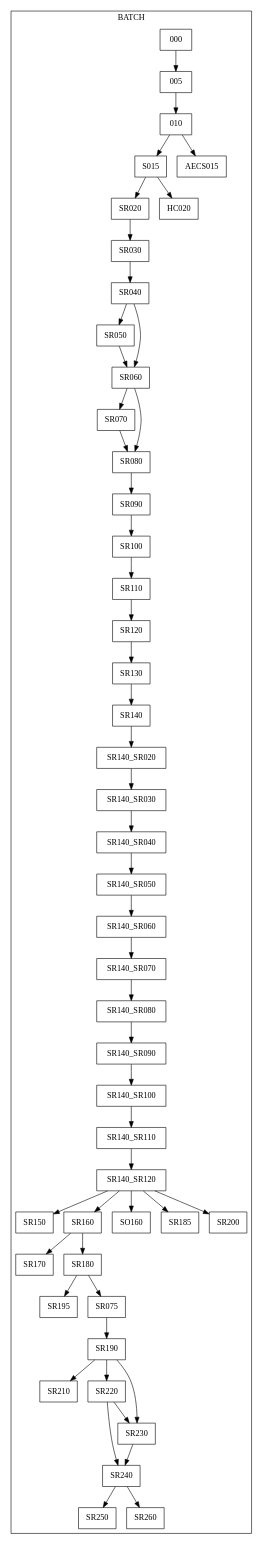
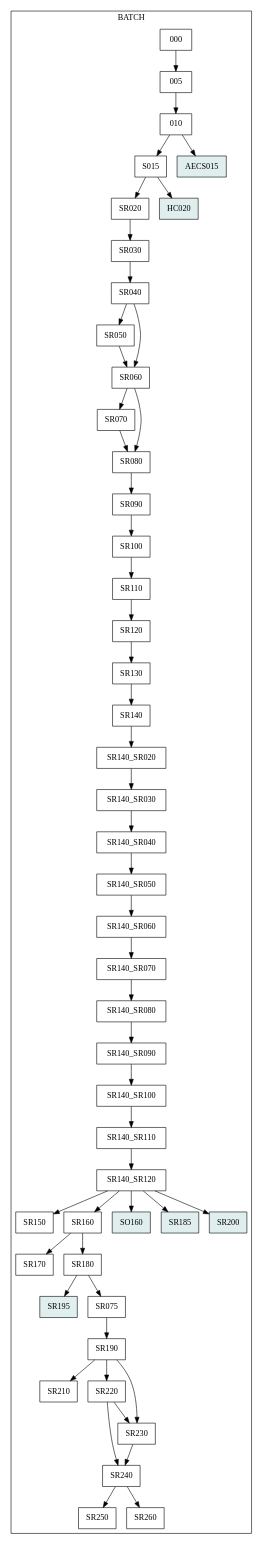
One commit to mkavadias/icps-basedoc changed the diagram in data/cps-batch-flow-BATCH.dot. Above: the diagram before and after it, drawn with Graphviz. The commit also changed 2 other files, not shown here.

```diff
--- a/data/cps-batch-flow-BATCH.dot
+++ b/data/cps-batch-flow-BATCH.dot
@@ -1,98 +1,104 @@
 digraph BATCH 
 {
     size = "30,40";
     overlap = false;
     sep = "+20.0";
     node [shape = box];
     subgraph cluster_BATCH {
         label = "BATCH";
         000 -> 005;
         005 -> 010;
         010 -> S015;
         010 -> AECS015;
+        AECS015 [style=filled, fillcolor=azure2];
         S015 -> SR020;
         S015 -> HC020;
+        HC020 [style=filled, fillcolor=azure2];
         SR020 -> SR030;
         SR030 -> SR040;
         SR040 -> SR050;
         SR040 -> SR060;
         SR050 -> SR060;
         SR060 -> SR070;
         SR060 -> SR080;
         SR070 -> SR080;
         SR080 -> SR090;
         SR090 -> SR100;
         SR100 -> SR110;
         SR110 -> SR120;
         SR120 -> SR130;
         SR130 -> SR140;
         SR140 -> SR140_SR020;
         SR140_SR020 -> SR140_SR030;
         SR140_SR030 -> SR140_SR040;
         SR140_SR040 -> SR140_SR050;
         SR140_SR050 -> SR140_SR060;
         SR140_SR060 -> SR140_SR070;
         SR140_SR070 -> SR140_SR080;
         SR140_SR080 -> SR140_SR090;
         SR140_SR090 -> SR140_SR100;
         SR140_SR100 -> SR140_SR110;
         SR140_SR110 -> SR140_SR120;
         SR140_SR120 -> SR150;
         SR140_SR120 -> SR160;
         SR140_SR120 -> SO160;
+        SO160 [style=filled, fillcolor=azure2];
         SR140_SR120 -> SR185;
+        SR185 [style=filled, fillcolor=azure2];
         SR140_SR120 -> SR200;
+        SR200 [style=filled, fillcolor=azure2];
         SR160 -> SR170;
         SR160 -> SR180;
         SR180 -> SR195;
+        SR195 [style=filled, fillcolor=azure2];
         SR180 -> SR075;
         SR075 -> SR190;
         SR190 -> SR210;
         SR190 -> SR220;
         SR190 -> SR230;
         SR220 -> SR230;
         SR220 -> SR240;
         SR230 -> SR240;
         SR240 -> SR250;
         SR240 -> SR260;
     }
 
 
 
 
 
 
 
 
 
 
 
 
 
 
 
 
 
 
 
 
 
 
 
 
 
 
 
 
 
 
 
 
 
 
 
 
 
 
 
 }
```
